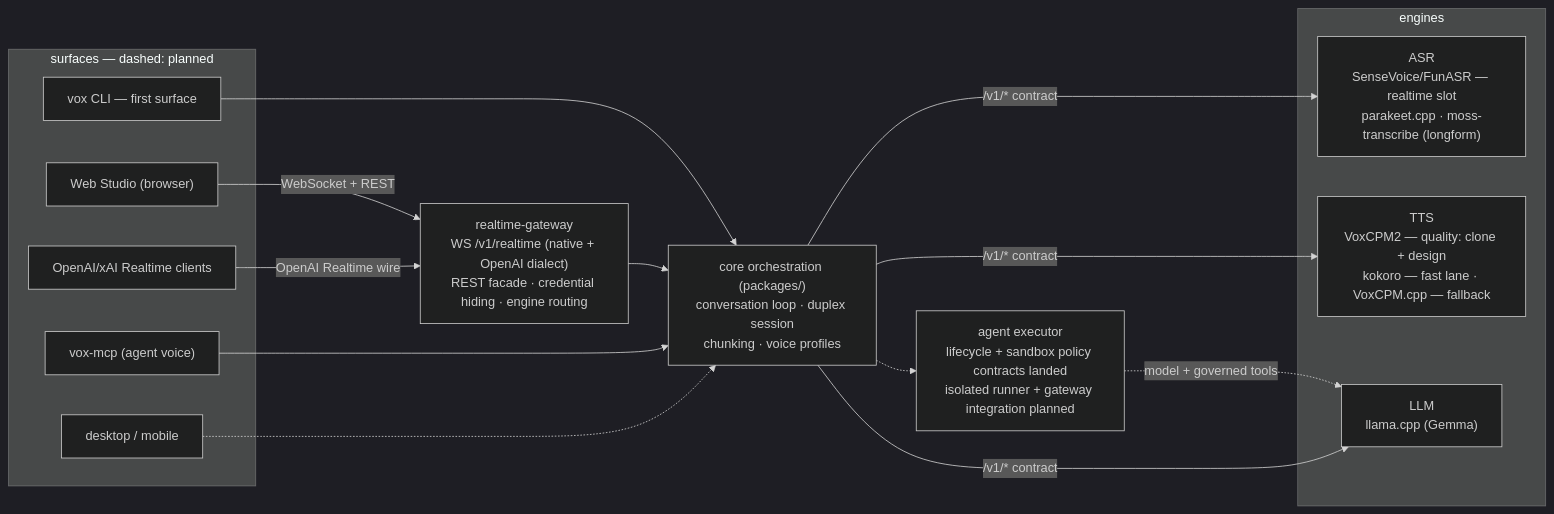
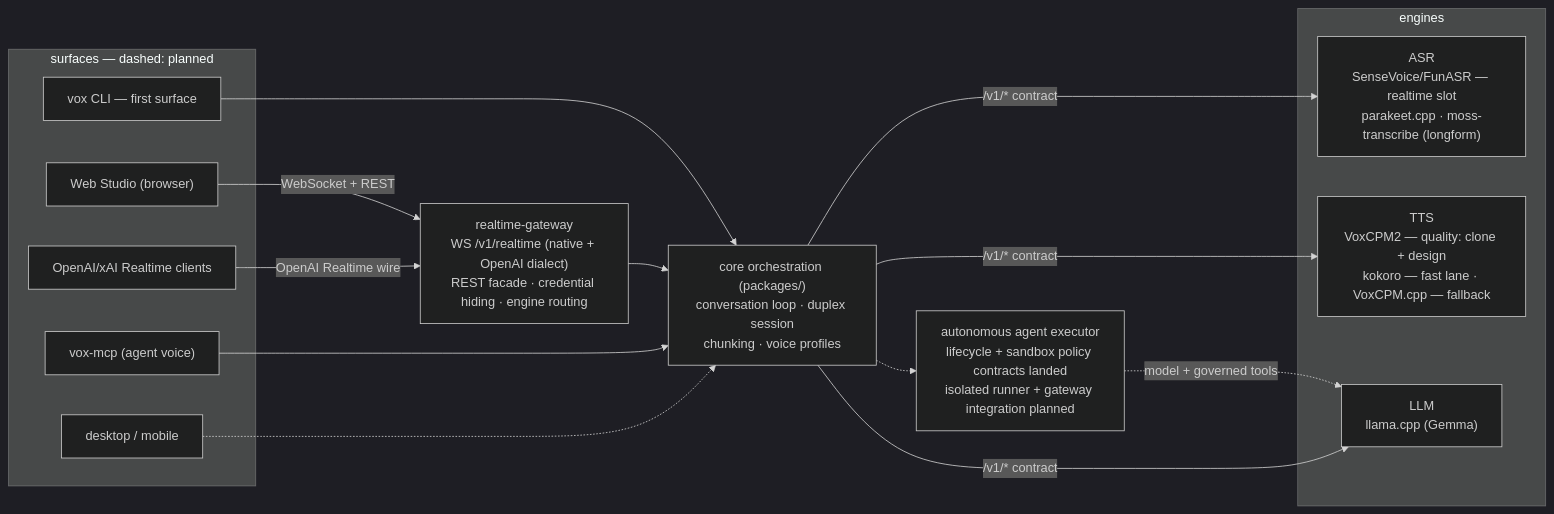
One commit to liuzl/voxstudio changed the diagram in README.md. Above: the diagram before and after it, drawn with Mermaid (dark theme). The commit also changed other lines of this file and 10 other files, not shown here.

````diff
--- a/README.md
+++ b/README.md
@@ -9,26 +9,26 @@
 ```mermaid
 flowchart LR
   subgraph surfaces["surfaces — dashed: planned"]
     CLI["vox CLI — first surface"]
     WEB["Web Studio (browser)"]
     MCP["vox-mcp (agent voice)"]
     OAI["OpenAI/xAI Realtime clients"]
     APP["desktop / mobile"]
   end
   GW["realtime-gateway<br/>WS /v1/realtime (native + OpenAI dialect)<br/>REST facade · credential hiding · engine routing"]
   CORE["core orchestration (packages/)<br/>conversation loop · duplex session<br/>chunking · voice profiles"]
-  AGENT["agent executor<br/>lifecycle + sandbox policy contracts landed<br/>isolated runner + gateway integration planned"]
+  AGENT["autonomous agent executor<br/>lifecycle + sandbox policy contracts landed<br/>isolated runner + gateway integration planned"]
   subgraph engines["engines"]
     ASR["ASR<br/>SenseVoice/FunASR — realtime slot<br/>parakeet.cpp · moss-transcribe (longform)"]
     TTS["TTS<br/>VoxCPM2 — quality: clone + design<br/>kokoro — fast lane · VoxCPM.cpp — fallback"]
     LLM["LLM<br/>llama.cpp (Gemma)"]
   end
   CLI --> CORE
   WEB -->|"WebSocket + REST"| GW --> CORE
   OAI -->|"OpenAI Realtime wire"| GW
   MCP --> CORE
   APP -.-> CORE
   CORE -.-> AGENT
   AGENT -.->|"model + governed tools"| LLM
   CORE -->|"/v1/* contract"| ASR & TTS & LLM
 ```
````
